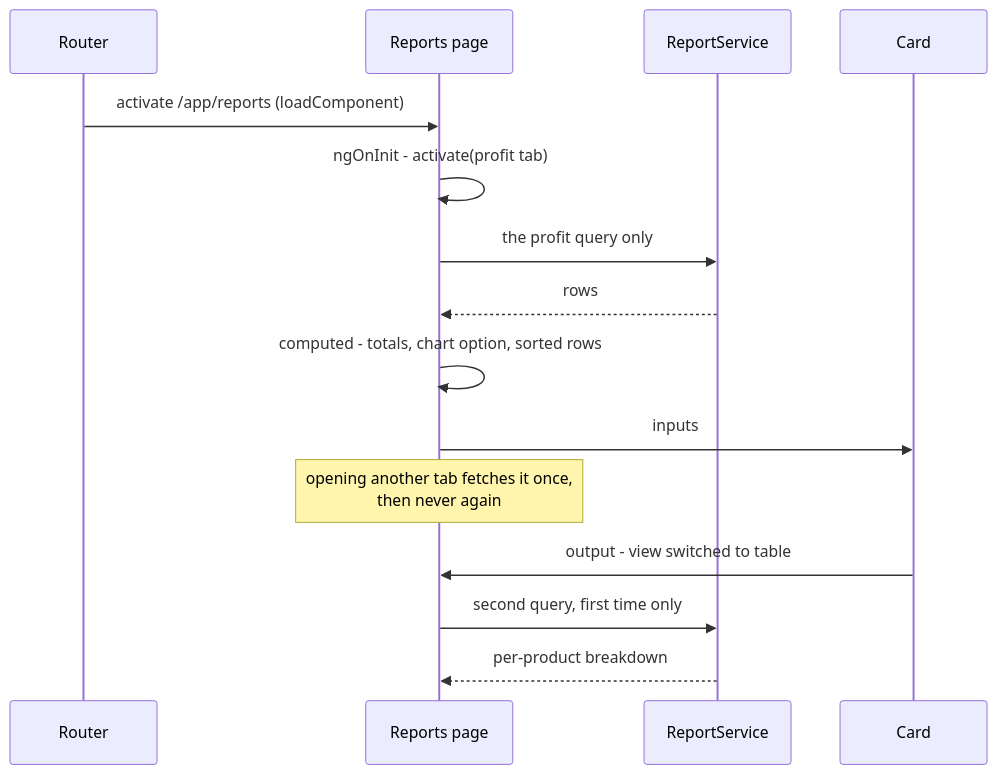
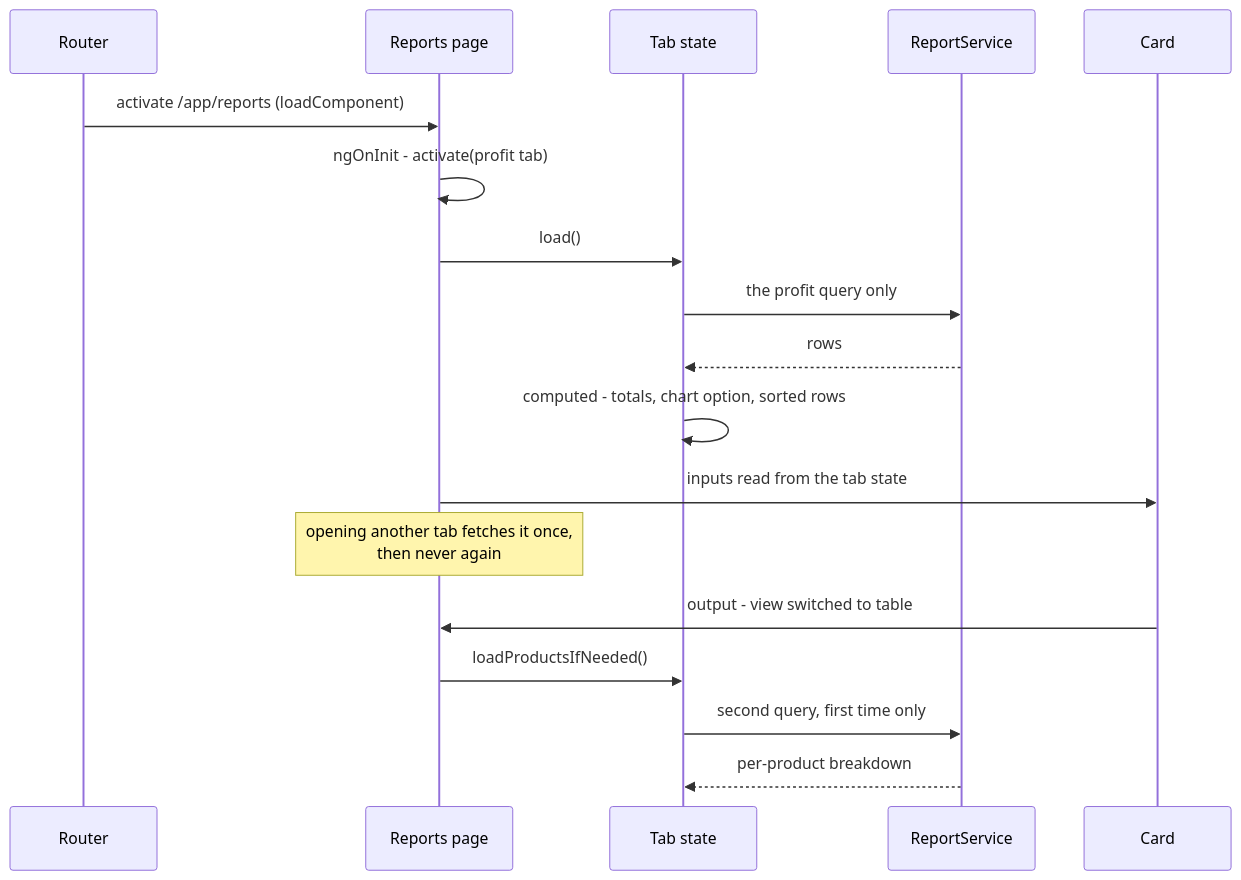
The third of 3 diagrams in docs/frontend/architecture/06-runtime.md (Keglev/stockease), drawn with Mermaid before and after one commit. The commit also changed other lines of this file and 2 other files, not shown here.

````diff
--- a/docs/frontend/architecture/06-runtime.md
+++ b/docs/frontend/architecture/06-runtime.md
@@ -109,18 +109,21 @@
 ```mermaid
 sequenceDiagram
   participant R as Router
   participant P as Reports page
+  participant T as Tab state
   participant S as ReportService
   participant C as Card
 
   R->>P: activate /app/reports (loadComponent)
   P->>P: ngOnInit - activate(profit tab)
-  P->>S: the profit query only
-  S-->>P: rows
-  P->>P: computed - totals, chart option, sorted rows
-  P->>C: inputs
+  P->>T: load()
+  T->>S: the profit query only
+  S-->>T: rows
+  T->>T: computed - totals, chart option, sorted rows
+  P->>C: inputs read from the tab state
   Note over P: opening another tab fetches it once,<br/>then never again
   C->>P: output - view switched to table
-  P->>S: second query, first time only
-  S-->>P: per-product breakdown
+  P->>T: loadProductsIfNeeded()
+  T->>S: second query, first time only
+  S-->>T: per-product breakdown
 ```
````
